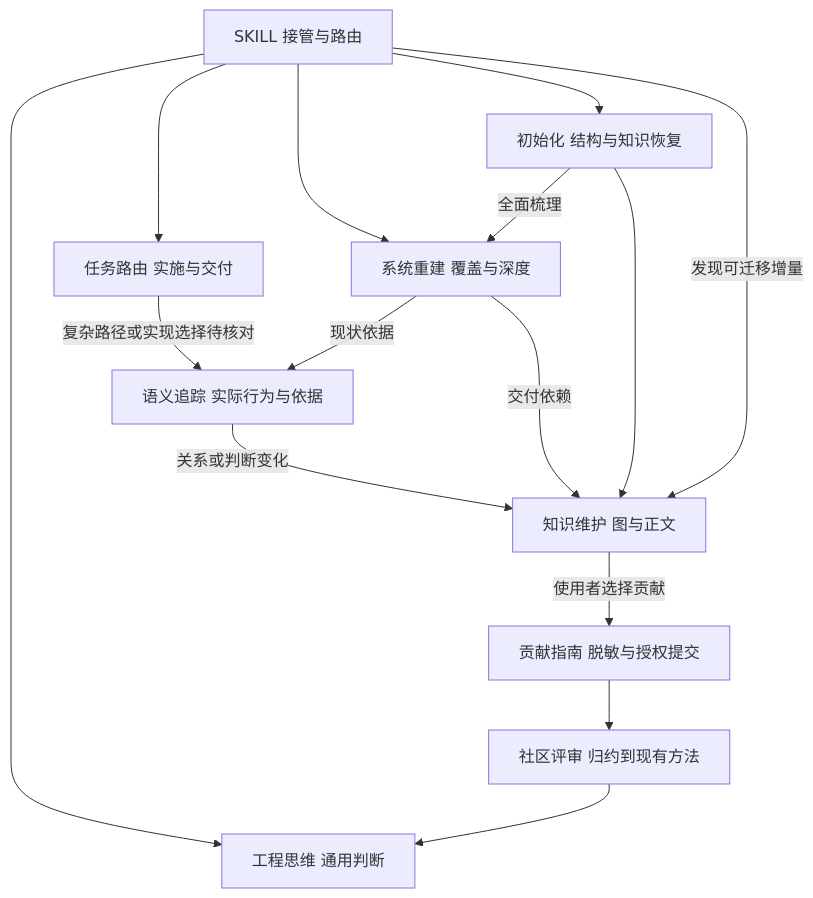
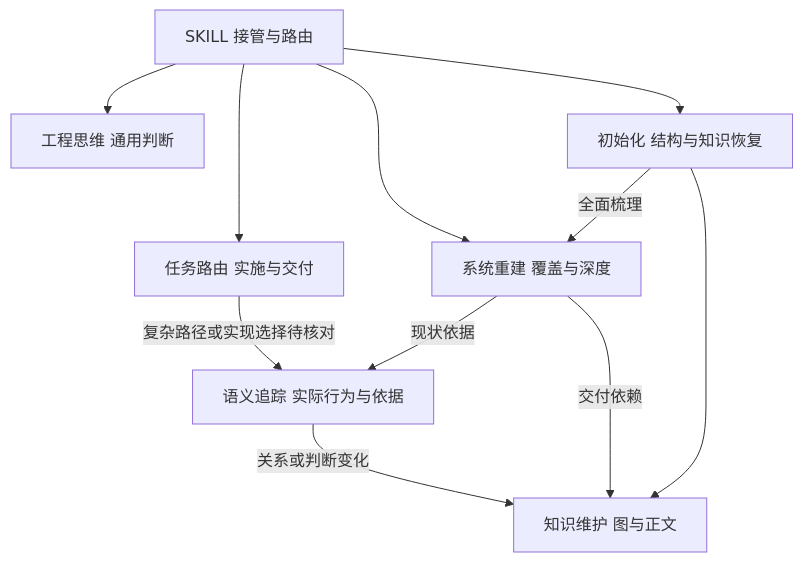
The first of 3 diagrams in README.md (jiale-li-orion/arch-thinking-skill), drawn with Mermaid before and after one commit. The commit also changed other lines of this file, not shown here.

Commit message:
Reorganize README around design comparison and architecture

````diff
--- a/README.md
+++ b/README.md
@@ -188,17 +87,13 @@
 ```mermaid
 flowchart TB
     SK[SKILL 接管与路由] --> TH[工程思维 通用判断]
     SK --> RT[任务路由 实施与交付]
     SK --> SR[系统重建 覆盖与深度]
     SK --> IN[初始化 结构与知识恢复]
     RT -->|复杂路径或实现选择待核对| TR[语义追踪 实际行为与依据]
     SR -->|现状依据| TR
     IN -->|全面梳理| SR
     SR -->|交付依赖| KM[知识维护 图与正文]
     TR -->|关系或判断变化| KM
     IN --> KM
-    SK -->|发现可迁移增量| KM
-    KM -->|使用者选择贡献| CO[贡献指南 脱敏与授权提交]
-    CO --> RV[社区评审 归约到现有方法]
-    RV --> TH
 ```
````
